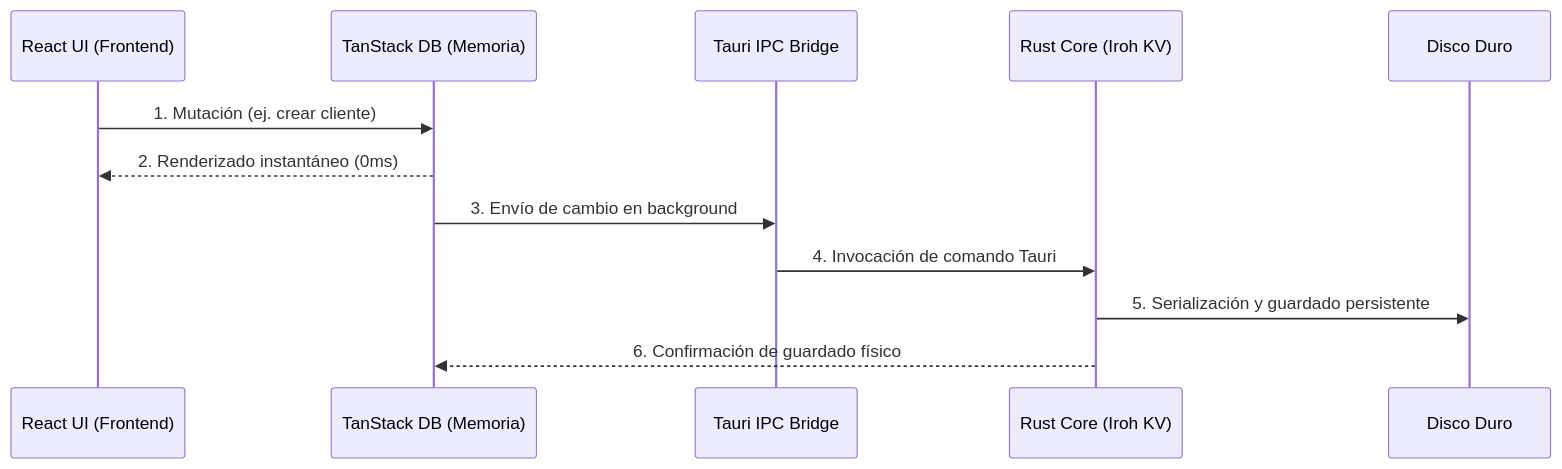
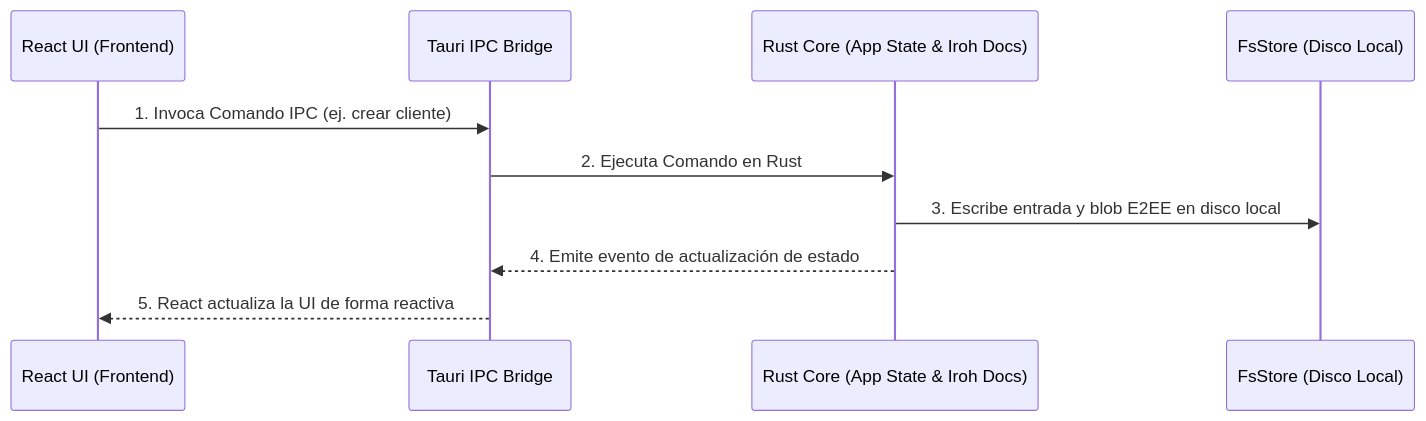
The diagram in apps/docs/src/content/docs/arquitectura/database.md (royalcala/syntrix-monorepo), drawn with Mermaid before and after one commit. The commit also changed other lines of this file and 17 other files, not shown here.

````diff
--- a/apps/docs/src/content/docs/arquitectura/database.md
+++ b/apps/docs/src/content/docs/arquitectura/database.md
@@ -27,15 +31,13 @@
 ```mermaid
 sequenceDiagram
     participant UI as React UI (Frontend)
-    participant TSDB as TanStack DB (Memoria)
     participant Tauri as Tauri IPC Bridge
-    participant Rust as Rust Core (Iroh KV)
-    participant Disk as Disco Duro
+    participant Rust as Rust Core (App State & Iroh Docs)
+    participant Disk as FsStore (Disco Local)
 
-    UI->>TSDB: 1. Mutación (ej. crear cliente)
-    TSDB-->>UI: 2. Renderizado instantáneo (0ms)
-    TSDB->>Tauri: 3. Envío de cambio en background
-    Tauri->>Rust: 4. Invocación de comando Tauri
-    Rust->>Disk: 5. Serialización y guardado persistente
-    Rust-->>TSDB: 6. Confirmación de guardado físico
+    UI->>Tauri: 1. Invoca Comando IPC (ej. crear cliente)
+    Tauri->>Rust: 2. Ejecuta Comando en Rust
+    Rust->>Disk: 3. Escribe entrada y blob E2EE en disco local
+    Rust-->>Tauri: 4. Emite evento de actualización de estado
+    Tauri-->>UI: 5. React actualiza la UI de forma reactiva
 ```
````
